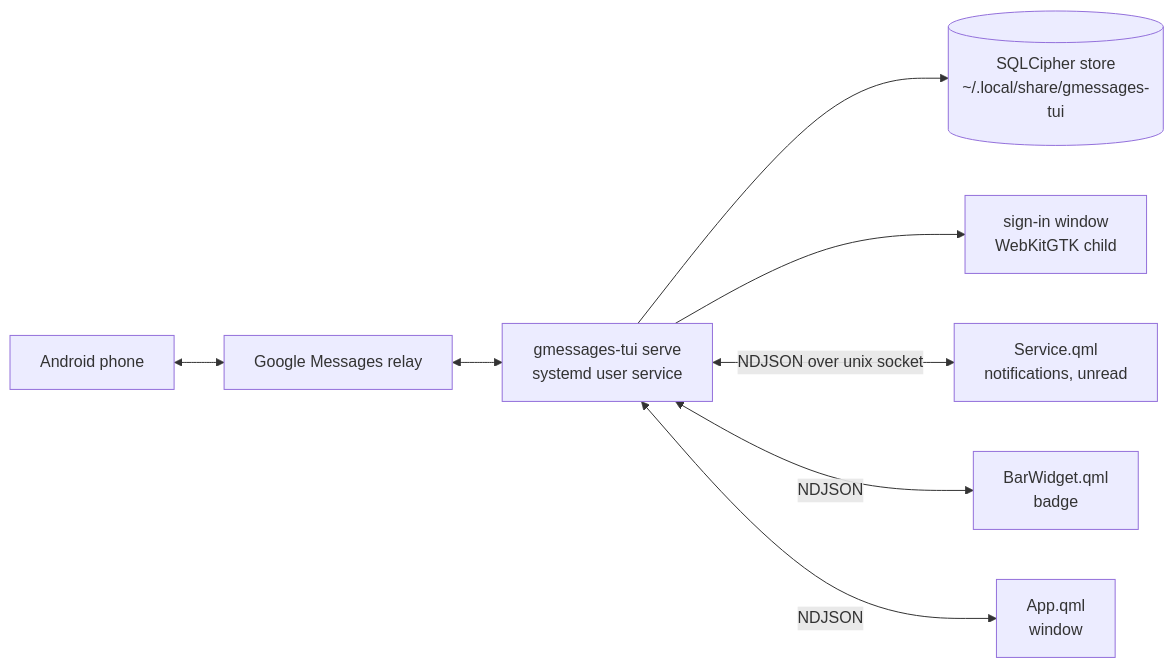
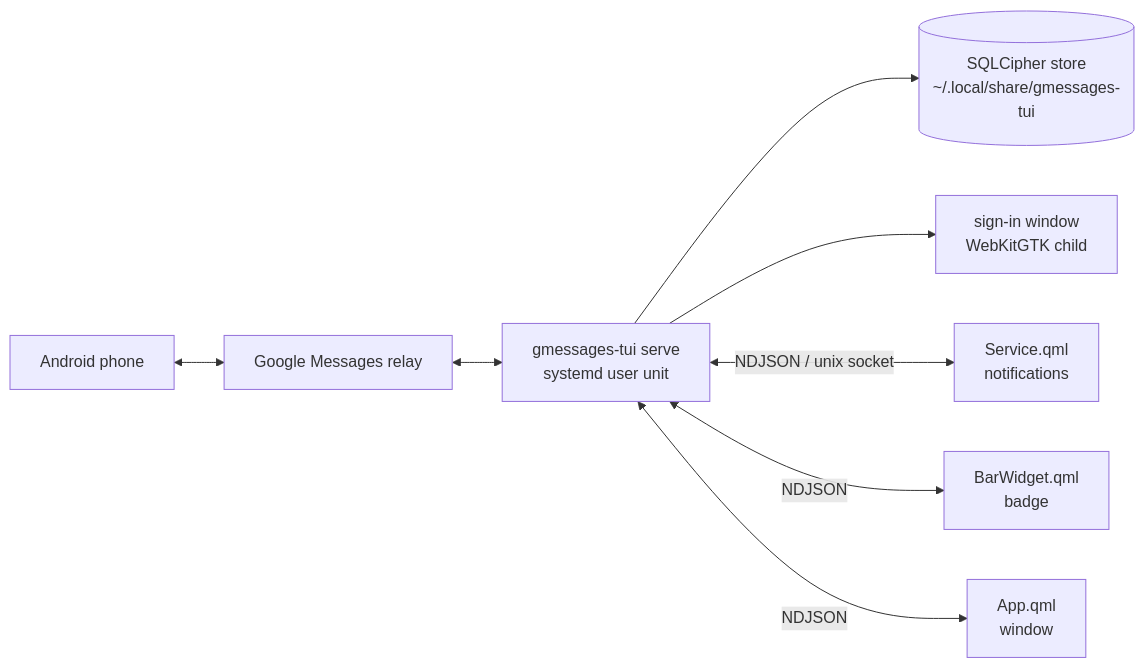
One commit to olafkfreund/nix-gmsg-tui changed the diagram in spec/2026-11-11-omarchy-messages.md. Above: the diagram before and after it, drawn with Mermaid. The commit also changed other lines of this file, not shown here.

````diff
--- a/spec/2026-11-11-omarchy-messages.md
+++ b/spec/2026-11-11-omarchy-messages.md
@@ -24,10 +31,10 @@
 ```mermaid
 flowchart LR
   phone[Android phone] <--> google[Google Messages relay]
-  google <--> backend[gmessages-tui serve<br/>systemd user service]
+  google <--> backend[gmessages-tui serve<br/>systemd user unit]
   backend --> store[(SQLCipher store<br/>~/.local/share/gmessages-tui)]
   backend --> win[sign-in window<br/>WebKitGTK child]
-  backend <-- NDJSON over unix socket --> svc[Service.qml<br/>notifications, unread]
+  backend <-- NDJSON / unix socket --> svc[Service.qml<br/>notifications]
   backend <-- NDJSON --> bar[BarWidget.qml<br/>badge]
   backend <-- NDJSON --> app[App.qml<br/>window]
 ```
````
